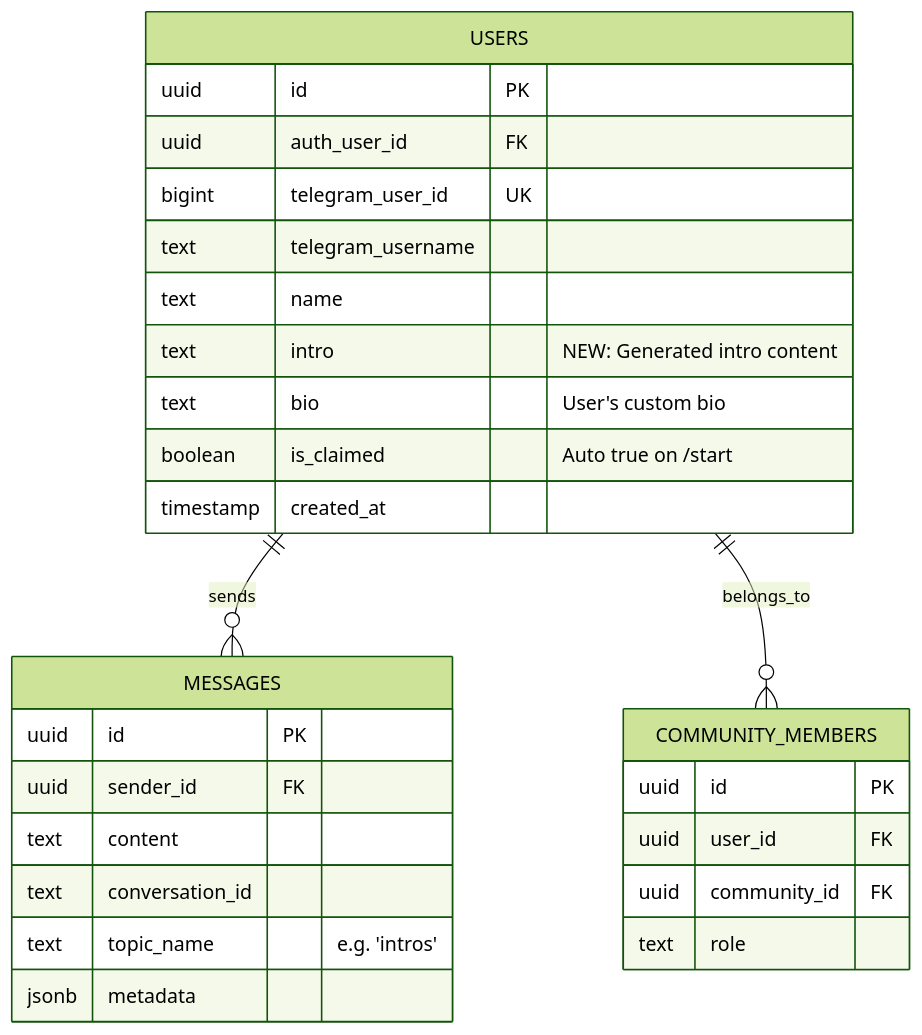
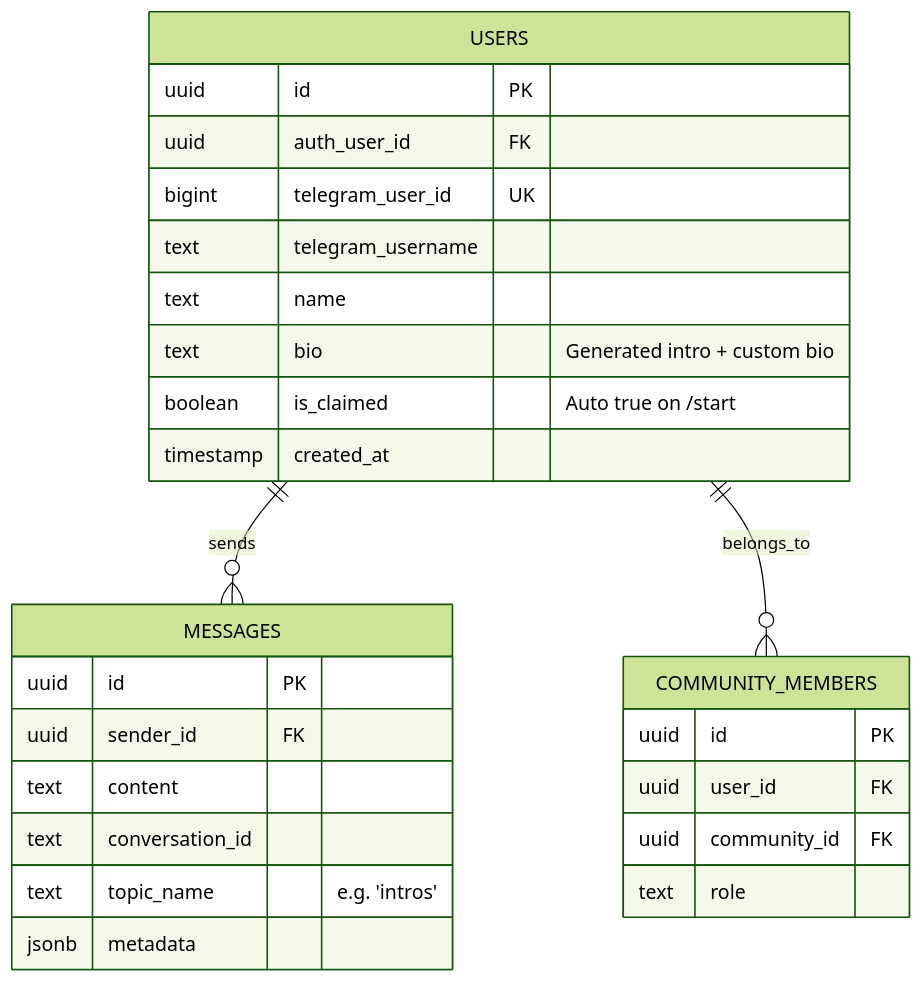
Before and after one commit to jackmielke/build-telegram-bots-with-a: the second of 2 diagrams in mermaids/profile-intro-system.md, drawn with Mermaid (forest theme). The commit also changed other lines of this file and 3 other files, not shown here.

````diff
--- a/mermaids/profile-intro-system.md
+++ b/mermaids/profile-intro-system.md
@@ -52,33 +52,32 @@
 ```mermaid
 erDiagram
     USERS {
         uuid id PK
         uuid auth_user_id FK
         bigint telegram_user_id UK
         text telegram_username
         text name
-        text intro "NEW: Generated intro content"
-        text bio "User's custom bio"
+        text bio "Generated intro + custom bio"
         boolean is_claimed "Auto true on /start"
         timestamp created_at
     }
     
     MESSAGES {
         uuid id PK
         uuid sender_id FK
         text content
         text conversation_id
         text topic_name "e.g. 'intros'"
         jsonb metadata
     }
     
     COMMUNITY_MEMBERS {
         uuid id PK
         uuid user_id FK
         uuid community_id FK
         text role
     }
     
     USERS ||--o{ MESSAGES : sends
     USERS ||--o{ COMMUNITY_MEMBERS : belongs_to
 ```
````
